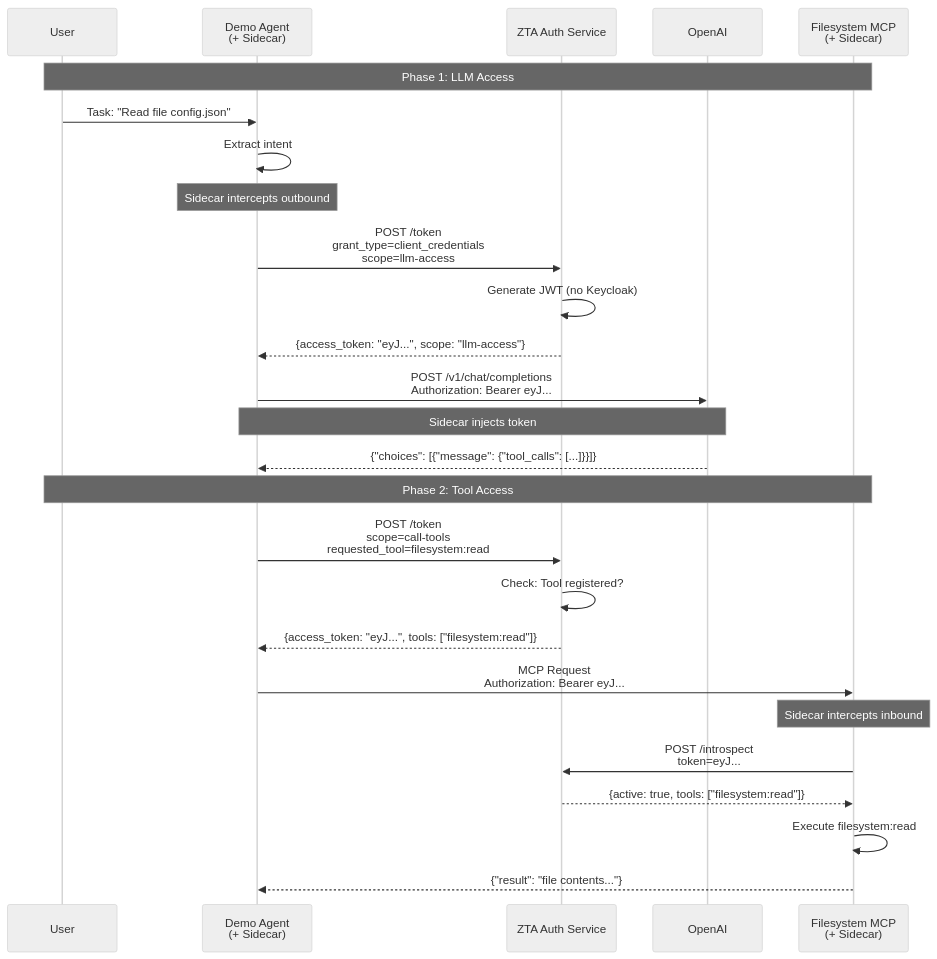
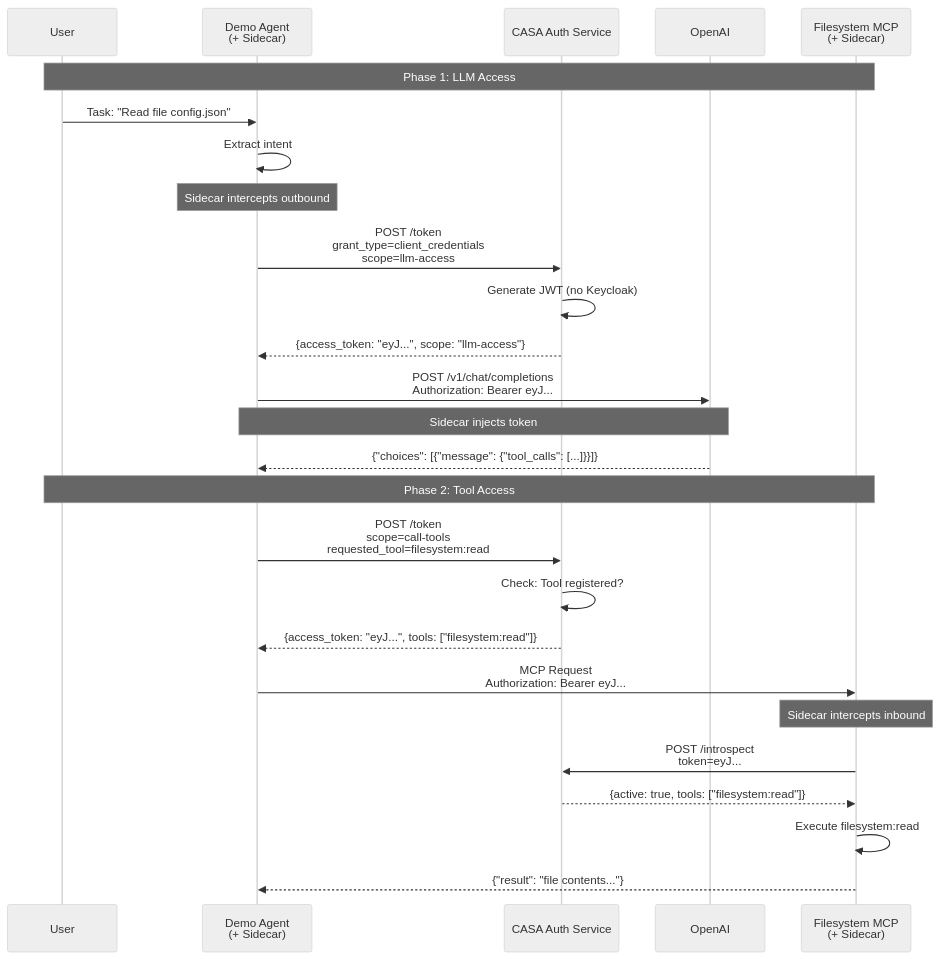
Before and after one commit to outshift-open/CASA: the second of 2 diagrams in contrib/wip/it1/SPECS_HIGH_LEVEL_DEV.md, drawn with Mermaid (neutral theme). The commit also changed other lines of this file and 294 other files, not shown here.

Commit message:
feat: Rename from ZTA to CASA

````diff
--- a/contrib/wip/it1/SPECS_HIGH_LEVEL_DEV.md
+++ b/contrib/wip/it1/SPECS_HIGH_LEVEL_DEV.md
@@ -857,33 +857,33 @@
 ```mermaid
 sequenceDiagram
     participant User
     participant Agent as Demo Agent<br/>(+ Sidecar)
-    participant Auth as ZTA Auth Service
+    participant Auth as CASA Auth Service
     participant LLM as OpenAI
     participant MCP as Filesystem MCP<br/>(+ Sidecar)
 
     Note over User,MCP: Phase 1: LLM Access
     User->>Agent: Task: "Read file config.json"
     Agent->>Agent: Extract intent
 
     Note over Agent: Sidecar intercepts outbound
     Agent->>Auth: POST /token<br/>grant_type=client_credentials<br/>scope=llm-access
     Auth->>Auth: Generate JWT (no Keycloak)
     Auth-->>Agent: {access_token: "eyJ...", scope: "llm-access"}
 
     Agent->>LLM: POST /v1/chat/completions<br/>Authorization: Bearer eyJ...
     Note over Agent,LLM: Sidecar injects token
     LLM-->>Agent: {"choices": [{"message": {"tool_calls": [...]}}]}
 
     Note over User,MCP: Phase 2: Tool Access
     Agent->>Auth: POST /token<br/>scope=call-tools<br/>requested_tool=filesystem:read
     Auth->>Auth: Check: Tool registered?
     Auth-->>Agent: {access_token: "eyJ...", tools: ["filesystem:read"]}
 
     Agent->>MCP: MCP Request<br/>Authorization: Bearer eyJ...
     Note over MCP: Sidecar intercepts inbound
     MCP->>Auth: POST /introspect<br/>token=eyJ...
     Auth-->>MCP: {active: true, tools: ["filesystem:read"]}
     MCP->>MCP: Execute filesystem:read
     MCP-->>Agent: {"result": "file contents..."}
 ```
````
